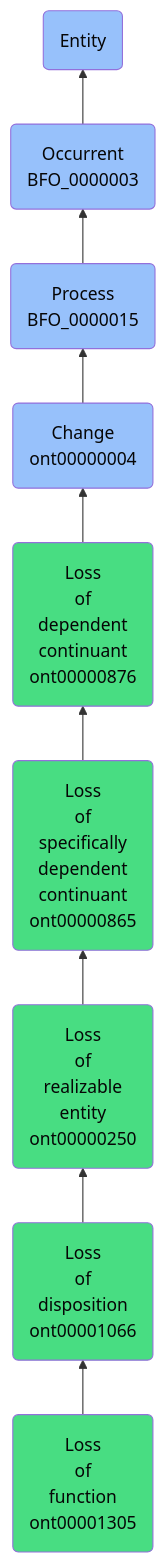
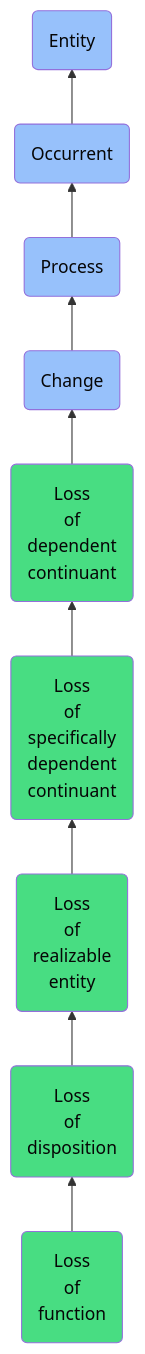
The diagram in docs/ontology/reference/model/Entity/Occurrent/Process/Change/Loss of dependent continuant/Loss of specifically dependent continuant/Loss of realizable entity/Loss of disposition/Loss of function/Loss of function.md (jupyter-naas/abi), drawn with Mermaid before and after one commit. The commit also changed other lines of this file and 1430 other files, not shown here.

````diff
--- a/docs/ontology/reference/model/Entity/Occurrent/Process/Change/Loss of dependent continuant/Loss of specifically dependent continuant/Loss of realizable entity/Loss of disposition/Loss of function/Loss of function.md
+++ b/docs/ontology/reference/model/Entity/Occurrent/Process/Change/Loss of dependent continuant/Loss of specifically dependent continuant/Loss of realizable entity/Loss of disposition/Loss of function/Loss of function.md
@@ -24,16 +24,16 @@
 ```mermaid
 graph BT
-    ont00001305(Loss<br>of<br>function<br>ont00001305):::ABI-->ont00001066
-    ont00001066(Loss<br>of<br>disposition<br>ont00001066):::ABI-->ont00000250
-    ont00000250(Loss<br>of<br>realizable<br>entity<br>ont00000250):::ABI-->ont00000865
-    ont00000865(Loss<br>of<br>specifically<br>dependent<br>continuant<br>ont00000865):::ABI-->ont00000876
-    ont00000876(Loss<br>of<br>dependent<br>continuant<br>ont00000876):::ABI-->ont00000004
-    ont00000004(Change<br>ont00000004):::BFO-->BFO_0000015
-    BFO_0000015(Process<br>BFO_0000015):::BFO-->BFO_0000003
-    BFO_0000003(Occurrent<br>BFO_0000003):::BFO-->BFO_0000001
+    ont00001305(Loss<br>of<br>function):::ABI-->ont00001066
+    ont00001066(Loss<br>of<br>disposition):::ABI-->ont00000250
+    ont00000250(Loss<br>of<br>realizable<br>entity):::ABI-->ont00000865
+    ont00000865(Loss<br>of<br>specifically<br>dependent<br>continuant):::ABI-->ont00000876
+    ont00000876(Loss<br>of<br>dependent<br>continuant):::ABI-->ont00000004
+    ont00000004(Change):::BFO-->BFO_0000015
+    BFO_0000015(Process):::BFO-->BFO_0000003
+    BFO_0000003(Occurrent):::BFO-->BFO_0000001
     BFO_0000001(Entity):::BFO
     
     classDef BFO fill:#97c1fb,color:#060606
     classDef CCO fill:#e4c51e,color:#060606
     classDef ABI fill:#48DD82,color:#060606
 ```
````
